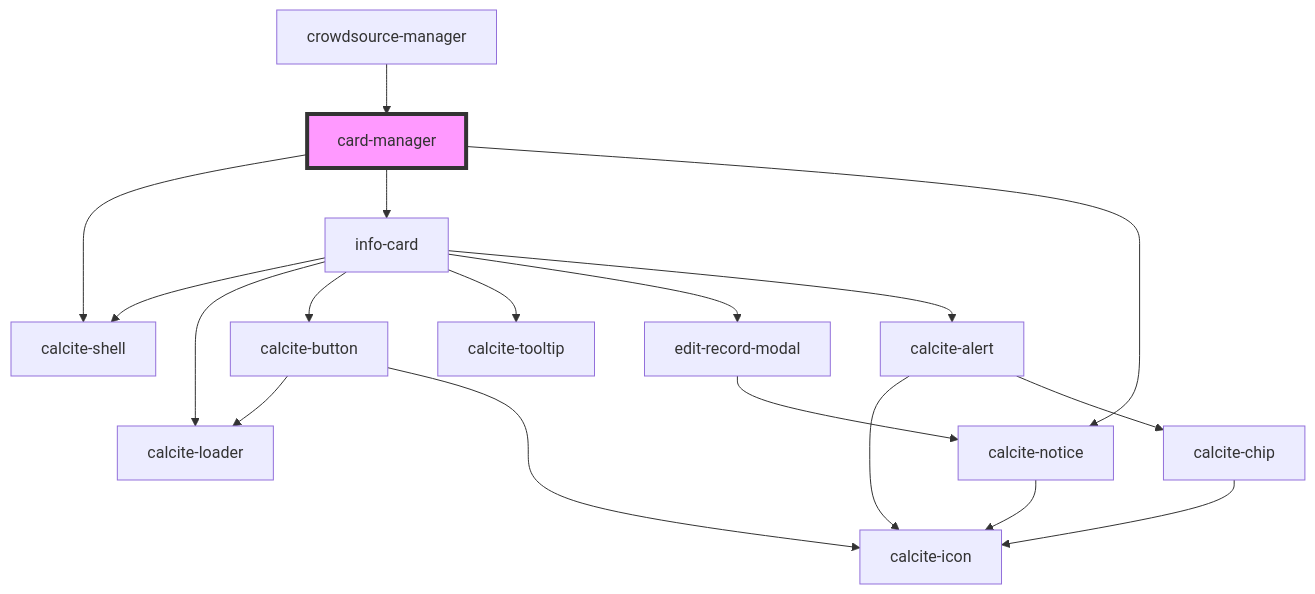
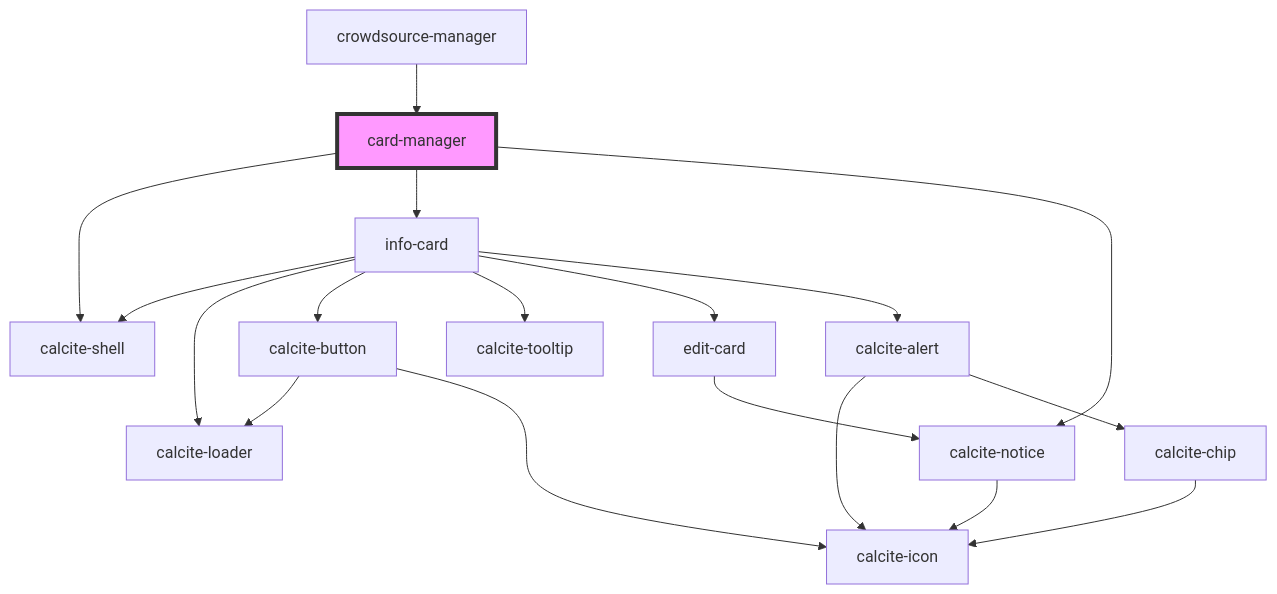
Before and after one commit to Esri/solutions-components: the diagram in src/components/card-manager/readme.md, drawn with Mermaid. The commit also changed 17 other files, not shown here.

Commit message:
remove edit-record-modal and add edit-card

````diff
--- a/src/components/card-manager/readme.md
+++ b/src/components/card-manager/readme.md
@@ -29,21 +29,21 @@
 ```mermaid
 graph TD;
   card-manager --> calcite-shell
   card-manager --> info-card
   card-manager --> calcite-notice
   info-card --> calcite-shell
   info-card --> calcite-loader
   info-card --> calcite-button
   info-card --> calcite-tooltip
-  info-card --> edit-record-modal
+  info-card --> edit-card
   info-card --> calcite-alert
   calcite-button --> calcite-loader
   calcite-button --> calcite-icon
-  edit-record-modal --> calcite-notice
+  edit-card --> calcite-notice
   calcite-notice --> calcite-icon
   calcite-alert --> calcite-icon
   calcite-alert --> calcite-chip
   calcite-chip --> calcite-icon
   crowdsource-manager --> card-manager
   style card-manager fill:#f9f,stroke:#333,stroke-width:4px
 ```
````
